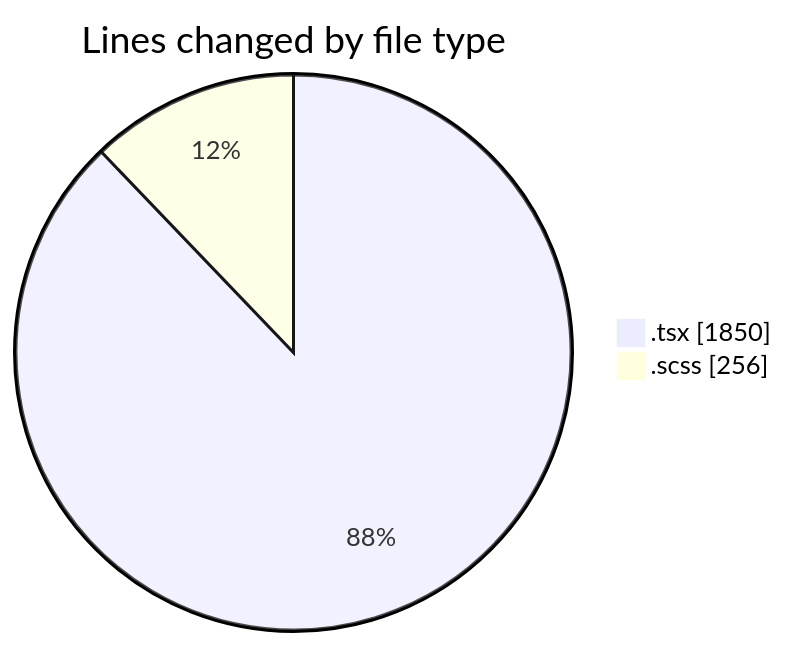
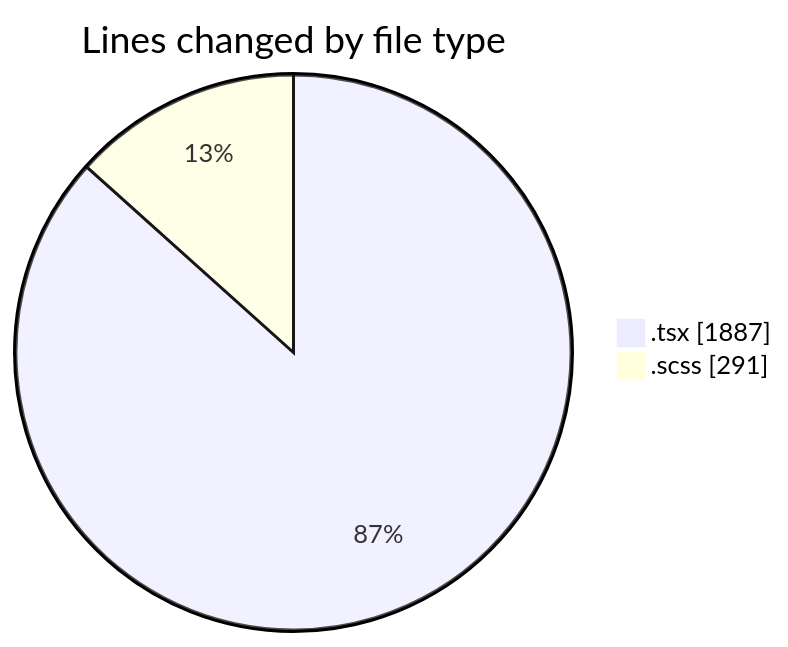
Before and after one commit to momahboobian/code-tracking: the first of 2 diagrams in 2025-04-07/cda/README.md, drawn with Mermaid. The commit also changed other lines of this file and 1 other file, not shown here.

````diff
--- a/2025-04-07/cda/README.md
+++ b/2025-04-07/cda/README.md
@@ -26,6 +26,6 @@
 ```mermaid
 pie showData
 title Lines changed by file type
-".tsx" : 1850
-".scss" : 256
+".tsx" : 1887
+".scss" : 291
 ```
````
